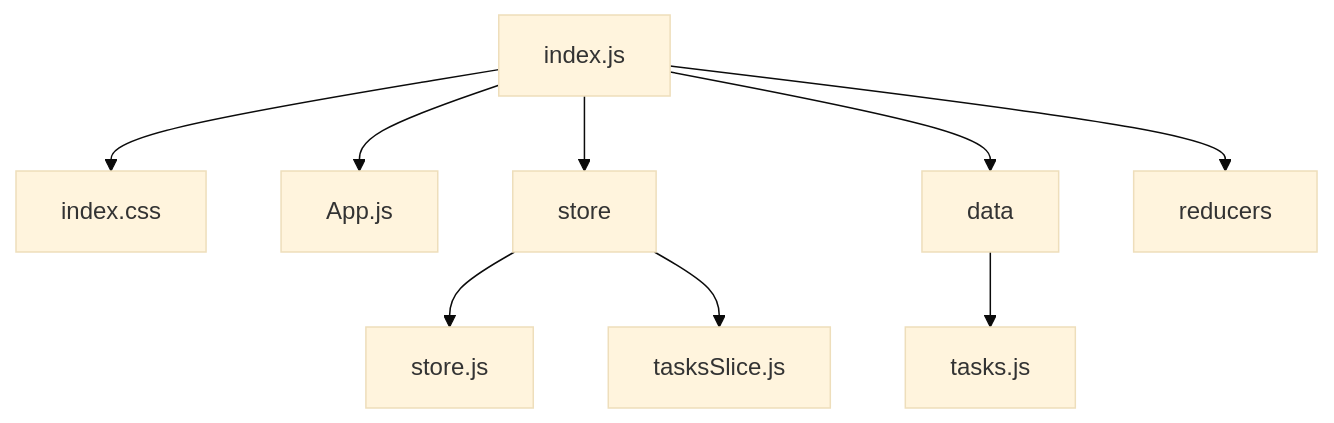
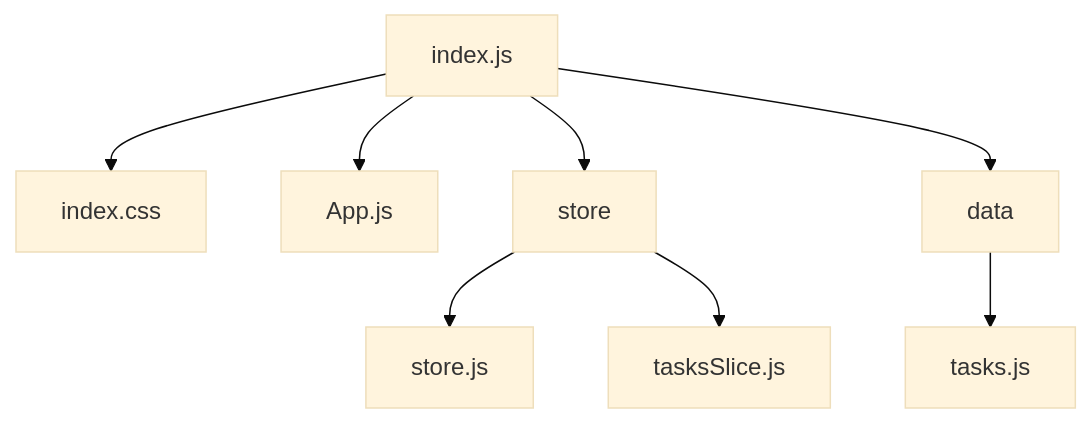
Before and after one commit to allseenn/react: the diagram in 07.Tasks/README.md, drawn with Mermaid (base theme).

Commit message:
07.Tasks

````diff
--- a/07.Tasks/README.md
+++ b/07.Tasks/README.md
@@ -19,19 +19,17 @@
 ```mermaid
 graph TD
     A[index.js] --> B[index.css]
     A --> C[App.js]
     A --> D[store]
     D --> E[store.js]
     D --> F[tasksSlice.js]
     A --> G[data]
     G --> H[tasks.js]
-    A --> I[reducers]
 
     click A href "https://github.com/allseenn/react/blob/main/07.Tasks/app/src/index.js" "index.js"
     click B href "https://github.com/allseenn/react/blob/main/07.Tasks/app/src/index.css" "index.css"
     click C href "https://github.com/allseenn/react/blob/main/07.Tasks/app/src/App.js" "App.js"
     click E href "https://github.com/allseenn/react/blob/main/07.Tasks/app/src/store/store.js" "store.js"
     click F href "https://github.com/allseenn/react/blob/main/07.Tasks/app/src/store/tasksSlice.js" "tasksSlice.js"
     click H href "https://github.com/allseenn/react/blob/main/07.Tasks/app/src/data/tasks.js" "tasks.js"
-
 ```
````
